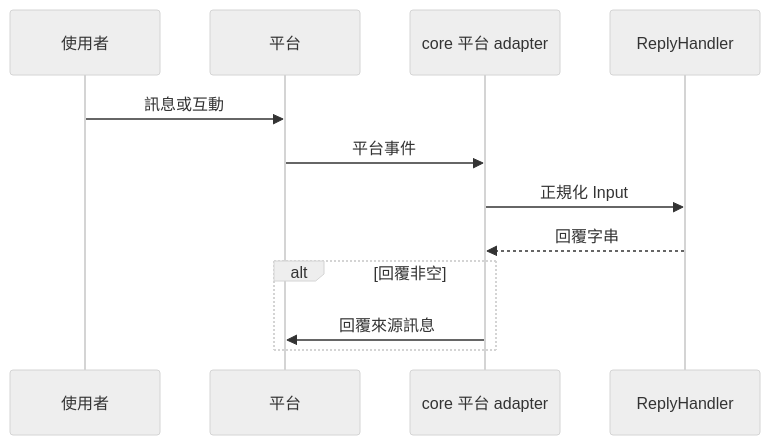
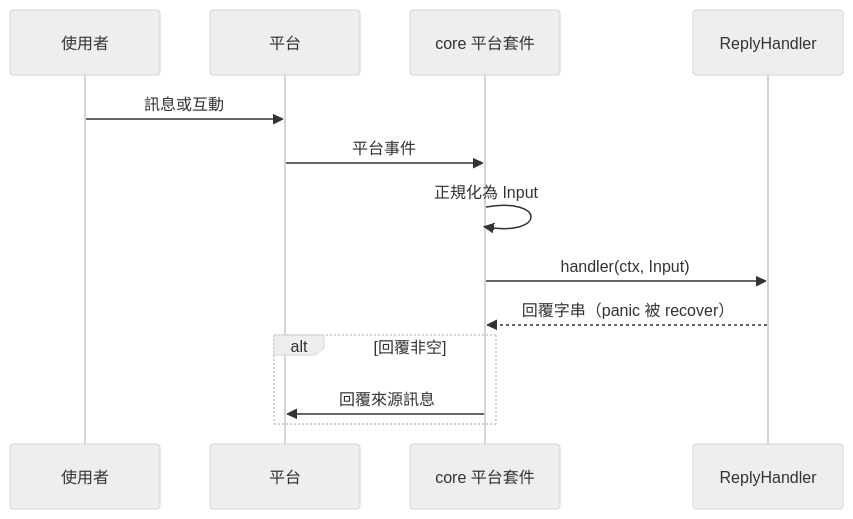
The fifth of 7 diagrams in doc/architecture.zh.md (pardnchiu/go-bot), drawn with Mermaid (neutral theme) before and after one commit. The commit also changed other lines of this file and 5 other files, not shown here.

````diff
--- a/doc/architecture.zh.md
+++ b/doc/architecture.zh.md
@@ -93,14 +95,15 @@
 ```mermaid
 sequenceDiagram
     participant User as 使用者
     participant Platform as 平台
-    participant Adapter as core 平台 adapter
+    participant Adapter as core 平台套件
     participant Handler as ReplyHandler
     User->>Platform: 訊息或互動
     Platform->>Adapter: 平台事件
-    Adapter->>Handler: 正規化 Input
-    Handler-->>Adapter: 回覆字串
+    Adapter->>Adapter: 正規化為 Input
+    Adapter->>Handler: handler(ctx, Input)
+    Handler-->>Adapter: 回覆字串（panic 被 recover）
     alt 回覆非空
         Adapter->>Platform: 回覆來源訊息
     end
 ```
````
